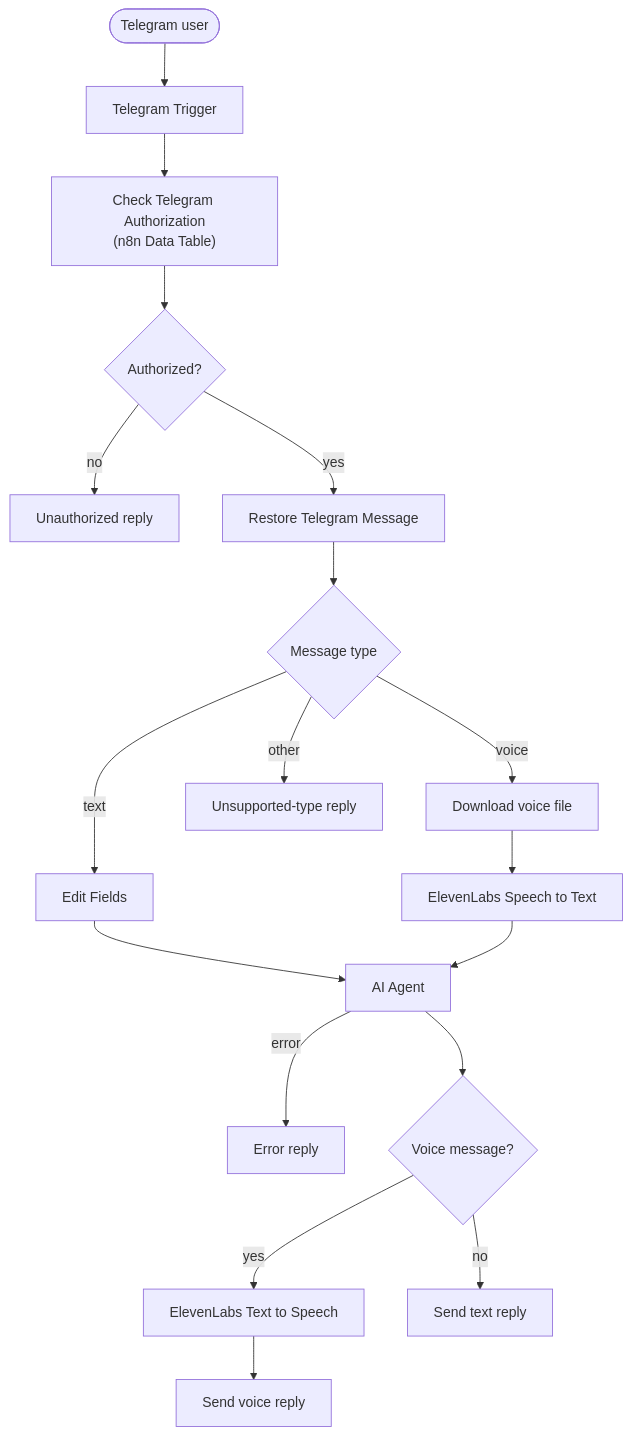
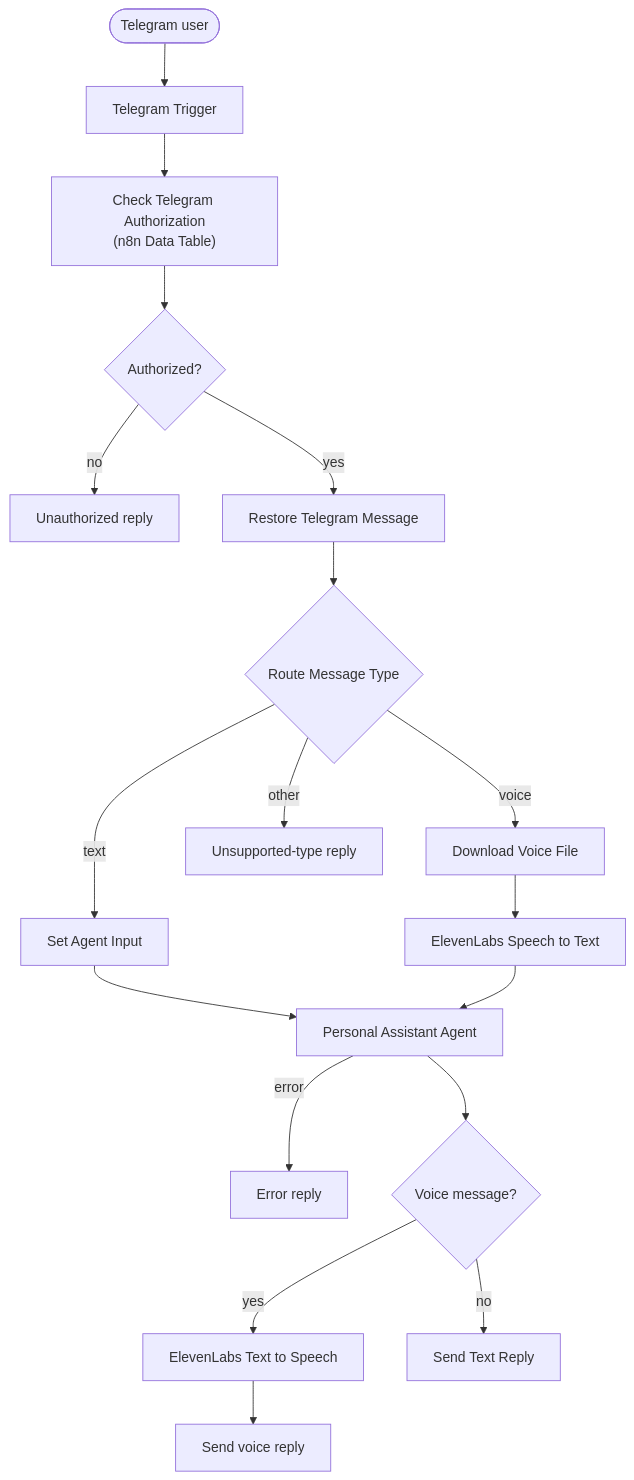
The first of 3 diagrams in docs/architecture.md (silvia0ma-coder/Telegram-AI-Personal-Assistant), drawn with Mermaid before and after one commit. The commit also changed other lines of this file and 2 other files, not shown here.

First line of the commit message:
Add Research error reply and give main workflow nodes descriptive names

````diff
--- a/docs/architecture.md
+++ b/docs/architecture.md
@@ -14,23 +14,23 @@
 ```mermaid
 flowchart TD
     User([Telegram user]) --> Trigger[Telegram Trigger]
     Trigger --> Auth["Check Telegram Authorization<br/>(n8n Data Table)"]
     Auth --> IsAuth{Authorized?}
     IsAuth -- no --> Unauth[Unauthorized reply]
     IsAuth -- yes --> Restore[Restore Telegram Message]
-    Restore --> Route{Message type}
+    Restore --> Route{"Route Message Type"}
 
-    Route -- text --> Fields[Edit Fields]
-    Route -- voice --> Download[Download voice file]
+    Route -- text --> Fields[Set Agent Input]
+    Route -- voice --> Download[Download Voice File]
     Route -- other --> Unsupported[Unsupported-type reply]
     Download --> STT[ElevenLabs Speech to Text]
 
-    Fields --> Agent[AI Agent]
+    Fields --> Agent[Personal Assistant Agent]
     STT --> Agent
 
     Agent -- error --> ErrorReply[Error reply]
     Agent --> IsVoice{Voice message?}
     IsVoice -- yes --> TTS[ElevenLabs Text to Speech]
     TTS --> VoiceReply[Send voice reply]
-    IsVoice -- no --> TextReply[Send text reply]
+    IsVoice -- no --> TextReply[Send Text Reply]
 ```
````
